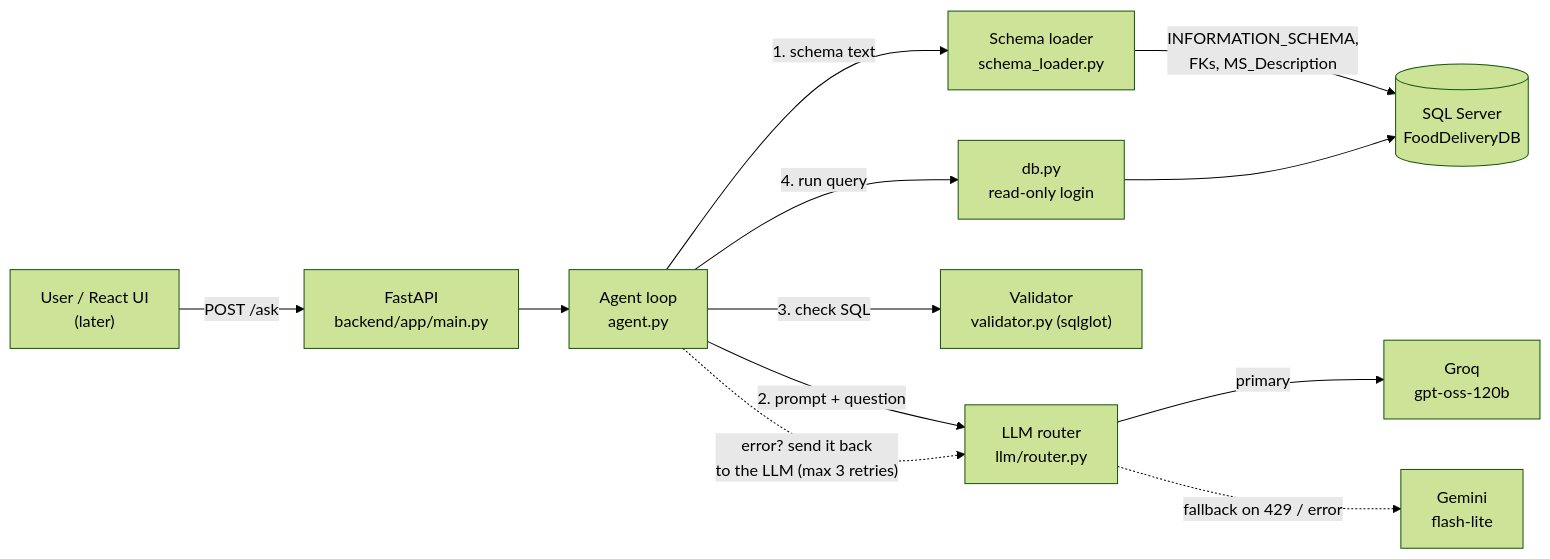
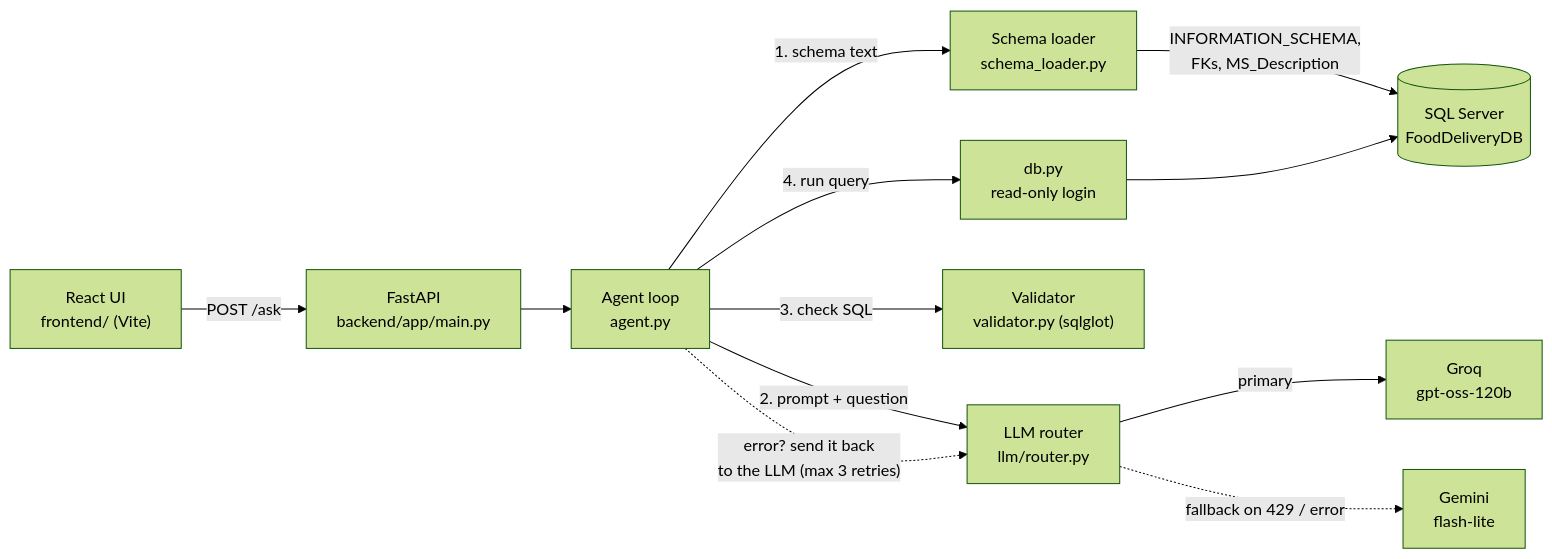
One commit to madhulika44/SQLAgent changed the diagram in README.md. Above: the diagram before and after it, drawn with Mermaid (forest theme). The commit also changed other lines of this file and 19 other files, not shown here.

````diff
--- a/README.md
+++ b/README.md
@@ -16,18 +23,18 @@
 ```mermaid
 flowchart LR
-    U["User / React UI<br/>(later)"] -->|POST /ask| API["FastAPI<br/>backend/app/main.py"]
+    U["React UI<br/>frontend/ (Vite)"] -->|POST /ask| API["FastAPI<br/>backend/app/main.py"]
     API --> AG["Agent loop<br/>agent.py"]
 
     AG -->|1. schema text| SL["Schema loader<br/>schema_loader.py"]
     SL -->|"INFORMATION_SCHEMA,<br/>FKs, MS_Description"| DB[("SQL Server<br/>FoodDeliveryDB")]
 
     AG -->|"2. prompt + question"| R["LLM router<br/>llm/router.py"]
     R -->|primary| G["Groq<br/>gpt-oss-120b"]
     R -.->|"fallback on 429 / error"| GM["Gemini<br/>flash-lite"]
 
     AG -->|"3. check SQL"| V["Validator<br/>validator.py (sqlglot)"]
     AG -->|"4. run query"| X["db.py<br/>read-only login"]
     X --> DB
 
     AG -.->|"error? send it back<br/>to the LLM (max 3 retries)"| R
 ```
````
